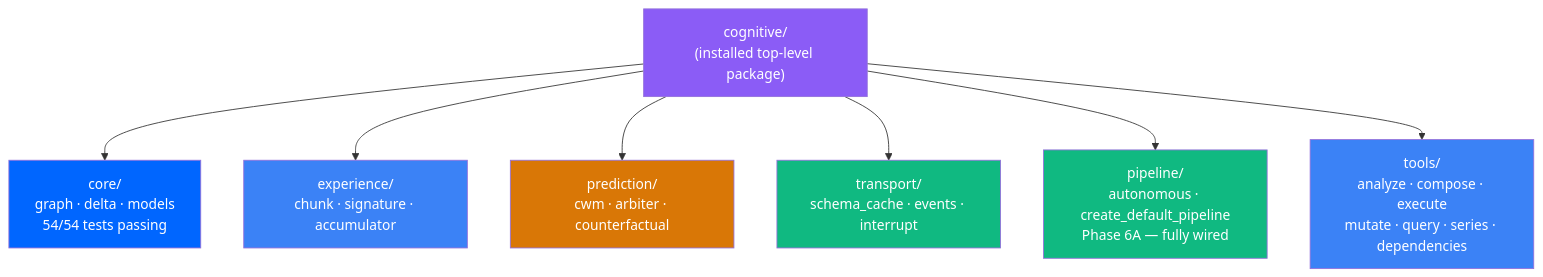
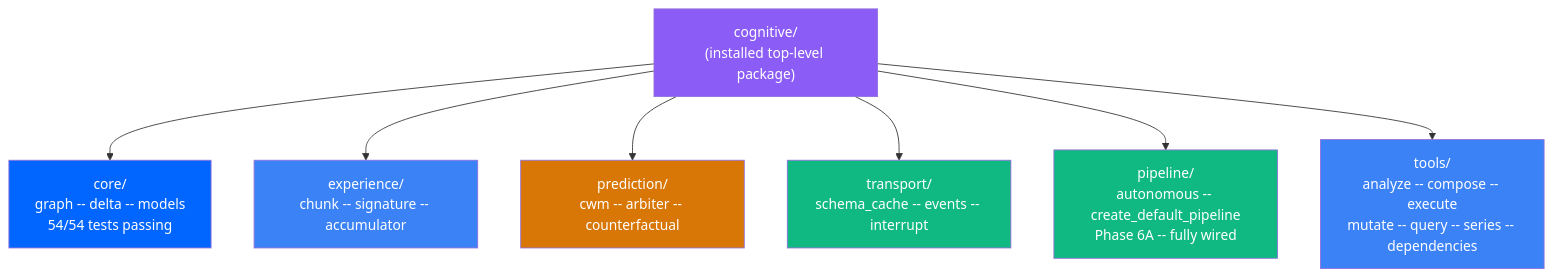
One commit to JosephOIbrahim/Comfy-Cozy changed diagram 15 of 17 in README.md. Above: the diagram before and after it, drawn with Mermaid. The commit also changed other lines of this file, not shown here.

First line of the commit message:
docs: ADHD-friendly README — symlink install, scannable steps, updated diagrams

````diff
--- a/README.md
+++ b/README.md
@@ -612,18 +667,18 @@
 ```mermaid
 graph TB
     Cognitive["cognitive/<br/>(installed top-level package)"]
-    Cognitive --> Core["core/<br/>graph · delta · models<br/>54/54 tests passing"]
-    Cognitive --> Exp["experience/<br/>chunk · signature · accumulator"]
-    Cognitive --> Pred["prediction/<br/>cwm · arbiter · counterfactual"]
-    Cognitive --> Trans["transport/<br/>schema_cache · events · interrupt"]
-    Cognitive --> Pipe["pipeline/<br/>autonomous · create_default_pipeline<br/>Phase 6A — fully wired"]
-    Cognitive --> Tools["tools/<br/>analyze · compose · execute<br/>mutate · query · series · dependencies"]
+    Cognitive --> Core["core/<br/>graph -- delta -- models<br/>54/54 tests passing"]
+    Cognitive --> Exp["experience/<br/>chunk -- signature -- accumulator"]
+    Cognitive --> Pred["prediction/<br/>cwm -- arbiter -- counterfactual"]
+    Cognitive --> Trans["transport/<br/>schema_cache -- events -- interrupt"]
+    Cognitive --> Pipe["pipeline/<br/>autonomous -- create_default_pipeline<br/>Phase 6A -- fully wired"]
+    Cognitive --> CogTools["tools/<br/>analyze -- compose -- execute<br/>mutate -- query -- series -- dependencies"]
 
     style Cognitive fill:#8b5cf6,color:#fff
     style Core fill:#0066FF,color:#fff
     style Exp fill:#3b82f6,color:#fff
     style Pred fill:#d97706,color:#fff
     style Trans fill:#10b981,color:#fff
     style Pipe fill:#10b981,color:#fff
-    style Tools fill:#3b82f6,color:#fff
+    style CogTools fill:#3b82f6,color:#fff
 ```
````
